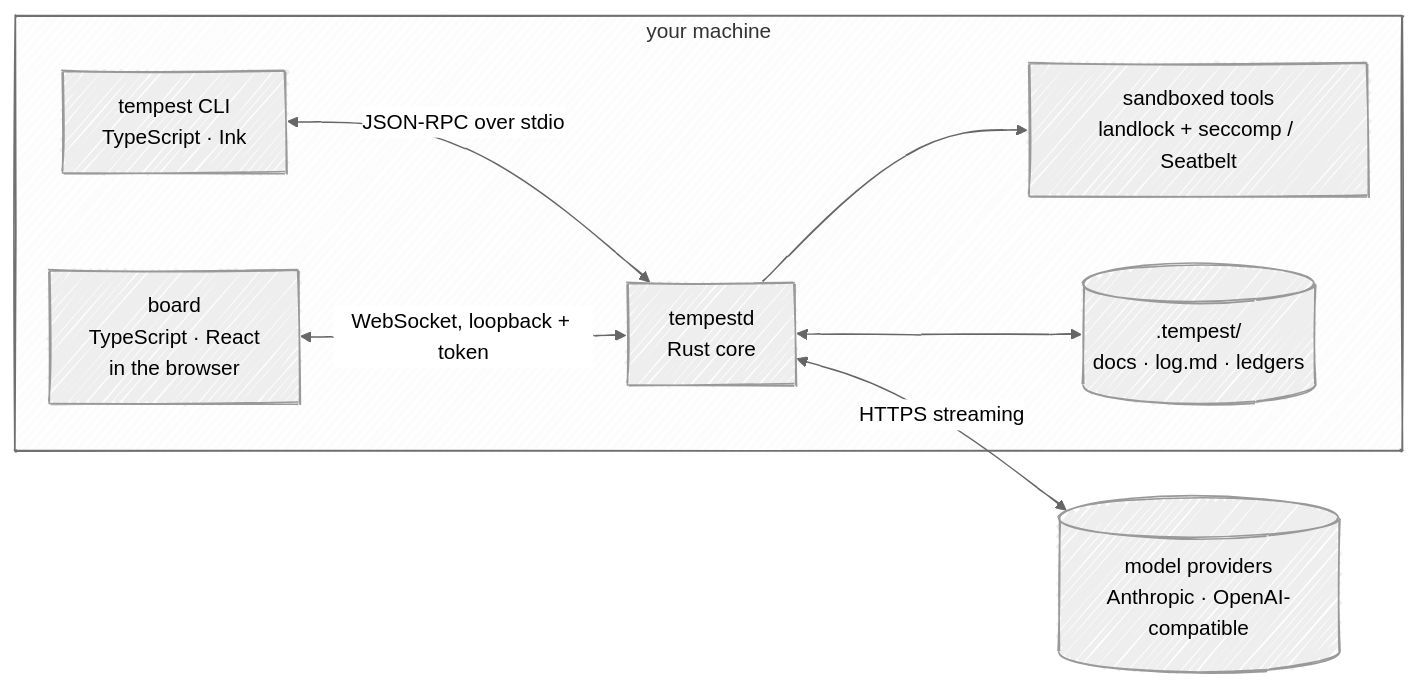
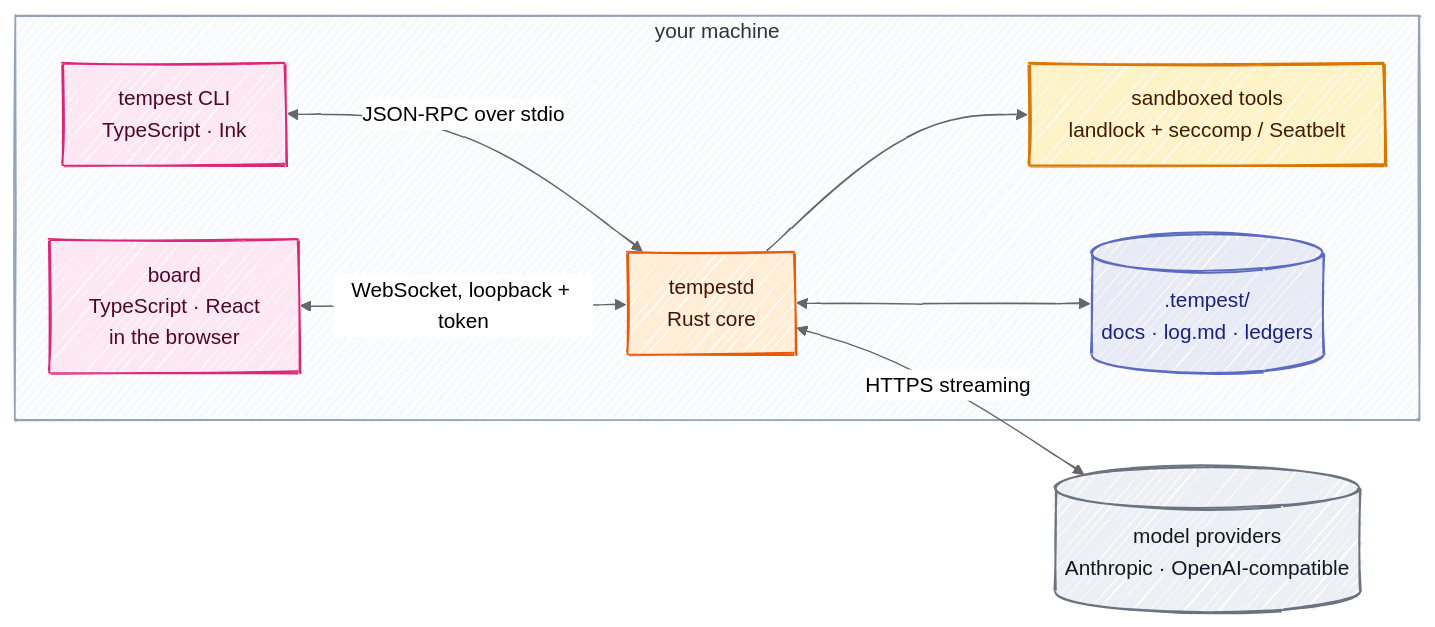
Before and after one commit to Kaginari/mnemorph: the second of 2 diagrams in docs/01-overview.md, drawn with Mermaid. The commit also changed other lines of this file and 10 other files, not shown here.

Commit message:
docs: colour in every diagram — one palette, a colour per race, phases in sequence diagrams, labels no longer clipped; the MCP page keeps its diagram only

````diff
--- a/docs/01-overview.md
+++ b/docs/01-overview.md
@@ -67,22 +85,35 @@
 ```mermaid
 ---
 config:
   look: handDrawn
   theme: neutral
+  flowchart:
+    wrappingWidth: 360
 ---
 flowchart LR
     subgraph user["your machine"]
       CLI["tempest CLI<br/>TypeScript · Ink"]
       BOARD["board<br/>TypeScript · React<br/>in the browser"]
       CORE["tempestd<br/>Rust core"]
       SB["sandboxed tools<br/>landlock + seccomp / Seatbelt"]
       W[(".tempest/<br/>docs · log.md · ledgers")]
     end
     LLM[("model providers<br/>Anthropic · OpenAI-compatible")]
 
     CLI <-->|JSON-RPC over stdio| CORE
     BOARD <-->|WebSocket, loopback + token| CORE
     CORE --> SB
     CORE <--> W
     CORE <-->|HTTPS streaming| LLM
+    classDef ts fill:#fde7f3,stroke:#db2777,stroke-width:1.5px,color:#500724
+    class CLI,BOARD ts
+    classDef rs fill:#ffedd5,stroke:#ea580c,stroke-width:1.5px,color:#431407
+    class CORE rs
+    classDef gate fill:#fef3c7,stroke:#d97706,stroke-width:2px,color:#451a03
+    class SB gate
+    classDef store fill:#e8eaf6,stroke:#5c6bc0,stroke-width:1.5px,color:#1a237e
+    class W store
+    classDef outside fill:#eceff3,stroke:#6b7280,stroke-width:1.5px,color:#111827
+    class LLM outside
+    style user fill:#f8fafc,stroke:#94a3b8
 ```
````
